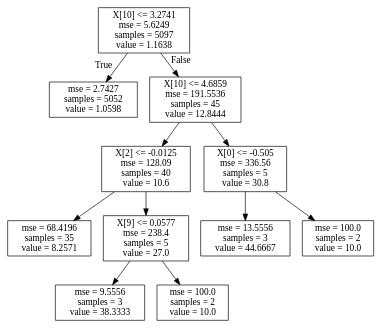
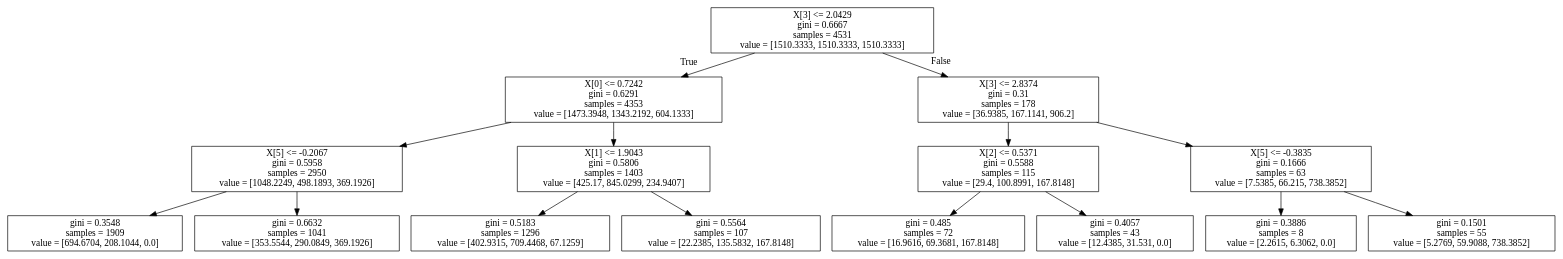
Before and after one commit to Yuanyuan-Shi/PowerOutagePredictor: the diagram in PowerOutagePredictor/Tree/tree_all_std.dot, drawn with Graphviz. The commit also changed 10 other files, not shown here.

```diff
--- a/PowerOutagePredictor/Tree/tree_all_std.dot
+++ b/PowerOutagePredictor/Tree/tree_all_std.dot
@@ -1,24 +1,32 @@
 digraph Tree {
 node [shape=box] ;
-0 [label="X[10] <= 3.2741\nmse = 5.6249\nsamples = 5097\nvalue = 1.1638"] ;
-1 [label="mse = 2.7427\nsamples = 5052\nvalue = 1.0598"] ;
+0 [label="X[3] <= 2.0429\ngini = 0.6667\nsamples = 4531\nvalue = [1510.3333, 1510.3333, 1510.3333]"] ;
+1 [label="X[0] <= 0.7242\ngini = 0.6291\nsamples = 4353\nvalue = [1473.3948, 1343.2192, 604.1333]"] ;
 0 -> 1 [labeldistance=2.5, labelangle=45, headlabel="True"] ;
-2 [label="X[10] <= 4.6859\nmse = 191.5536\nsamples = 45\nvalue = 12.8444"] ;
-0 -> 2 [labeldistance=2.5, labelangle=-45, headlabel="False"] ;
-3 [label="X[2] <= -0.0125\nmse = 128.09\nsamples = 40\nvalue = 10.6"] ;
+2 [label="X[5] <= -0.2067\ngini = 0.5958\nsamples = 2950\nvalue = [1048.2249, 498.1893, 369.1926]"] ;
+1 -> 2 ;
+3 [label="gini = 0.3548\nsamples = 1909\nvalue = [694.6704, 208.1044, 0.0]"] ;
 2 -> 3 ;
-5 [label="mse = 68.4196\nsamples = 35\nvalue = 8.2571"] ;
-3 -> 5 ;
-6 [label="X[9] <= 0.0577\nmse = 238.4\nsamples = 5\nvalue = 27.0"] ;
-3 -> 6 ;
-9 [label="mse = 9.5556\nsamples = 3\nvalue = 38.3333"] ;
-6 -> 9 ;
-10 [label="mse = 100.0\nsamples = 2\nvalue = 10.0"] ;
-6 -> 10 ;
-4 [label="X[0] <= -0.505\nmse = 336.56\nsamples = 5\nvalue = 30.8"] ;
+4 [label="gini = 0.6632\nsamples = 1041\nvalue = [353.5544, 290.0849, 369.1926]"] ;
 2 -> 4 ;
-7 [label="mse = 13.5556\nsamples = 3\nvalue = 44.6667"] ;
-4 -> 7 ;
-8 [label="mse = 100.0\nsamples = 2\nvalue = 10.0"] ;
-4 -> 8 ;
+5 [label="X[1] <= 1.9043\ngini = 0.5806\nsamples = 1403\nvalue = [425.17, 845.0299, 234.9407]"] ;
+1 -> 5 ;
+6 [label="gini = 0.5183\nsamples = 1296\nvalue = [402.9315, 709.4468, 67.1259]"] ;
+5 -> 6 ;
+7 [label="gini = 0.5564\nsamples = 107\nvalue = [22.2385, 135.5832, 167.8148]"] ;
+5 -> 7 ;
+8 [label="X[3] <= 2.8374\ngini = 0.31\nsamples = 178\nvalue = [36.9385, 167.1141, 906.2]"] ;
+0 -> 8 [labeldistance=2.5, labelangle=-45, headlabel="False"] ;
+9 [label="X[2] <= 0.5371\ngini = 0.5588\nsamples = 115\nvalue = [29.4, 100.8991, 167.8148]"] ;
+8 -> 9 ;
+10 [label="gini = 0.485\nsamples = 72\nvalue = [16.9616, 69.3681, 167.8148]"] ;
+9 -> 10 ;
+11 [label="gini = 0.4057\nsamples = 43\nvalue = [12.4385, 31.531, 0.0]"] ;
+9 -> 11 ;
+12 [label="X[5] <= -0.3835\ngini = 0.1666\nsamples = 63\nvalue = [7.5385, 66.215, 738.3852]"] ;
+8 -> 12 ;
+13 [label="gini = 0.3886\nsamples = 8\nvalue = [2.2615, 6.3062, 0.0]"] ;
+12 -> 13 ;
+14 [label="gini = 0.1501\nsamples = 55\nvalue = [5.2769, 59.9088, 738.3852]"] ;
+12 -> 14 ;
 }
```
